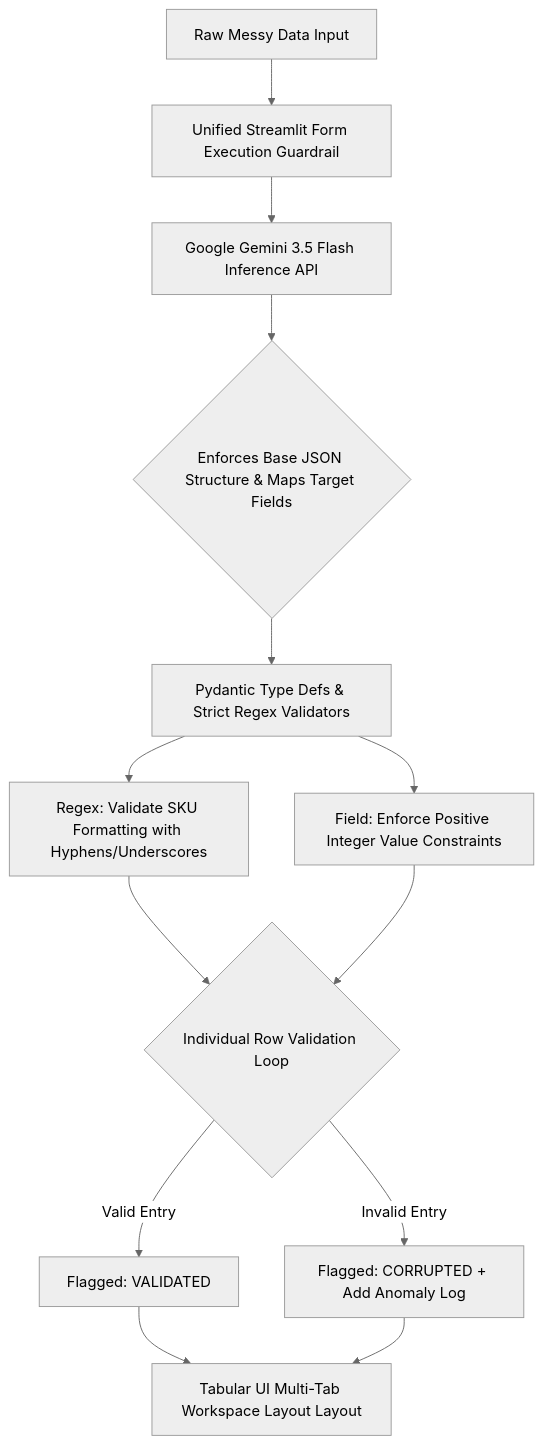
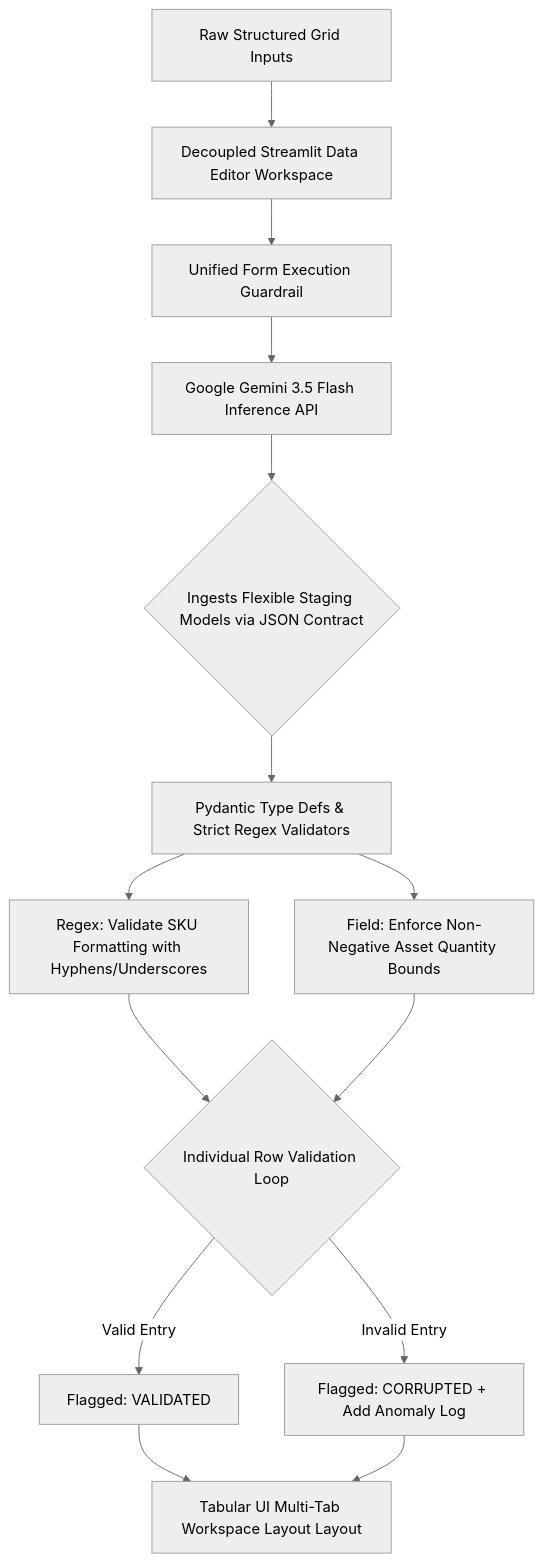
One commit to lfrohling/AI-Autonomous-ETL-Agent changed the diagram in README.md. Above: the diagram before and after it, drawn with Mermaid (neutral theme). The commit also changed other lines of this file, not shown here.

````diff
--- a/README.md
+++ b/README.md
@@ -7,15 +7,16 @@
 ```mermaid
 graph TD
-    A[Raw Messy Data Input] --> B[Unified Streamlit Form Execution Guardrail]
-    B --> C[Google Gemini 3.5 Flash Inference API]
-    C --> D{Enforces Base JSON Structure & Maps Target Fields}
-    D --> E[Pydantic Type Defs & Strict Regex Validators]
-    E --> F[Regex: Validate SKU Formatting with Hyphens/Underscores]
-    E --> G[Field: Enforce Positive Integer Value Constraints]
-    F --> H{Individual Row Validation Loop}
-    G --> H
-    H -->|Valid Entry| I[Flagged: VALIDATED]
-    H -->|Invalid Entry| J[Flagged: CORRUPTED + Add Anomaly Log]
-    I --> K[Tabular UI Multi-Tab Workspace Layout Layout]
-    J --> K
+    A[Raw Structured Grid Inputs] --> B[Decoupled Streamlit Data Editor Workspace]
+    B --> C[Unified Form Execution Guardrail]
+    C --> D[Google Gemini 3.5 Flash Inference API]
+    D --> E{Ingests Flexible Staging Models via JSON Contract}
+    E --> F[Pydantic Type Defs & Strict Regex Validators]
+    F --> G[Regex: Validate SKU Formatting with Hyphens/Underscores]
+    F --> H[Field: Enforce Non-Negative Asset Quantity Bounds]
+    G --> I{Individual Row Validation Loop}
+    H --> I
+    I -->|Valid Entry| J[Flagged: VALIDATED]
+    I -->|Invalid Entry| K[Flagged: CORRUPTED + Add Anomaly Log]
+    J --> L[Tabular UI Multi-Tab Workspace Layout Layout]
+    K --> L
 ```
````
